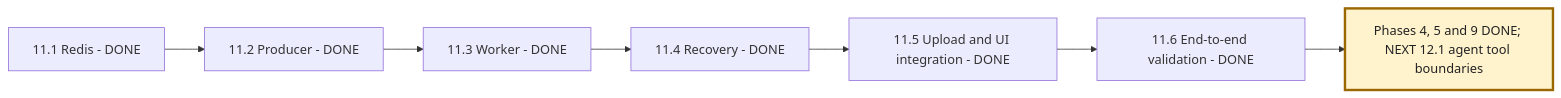
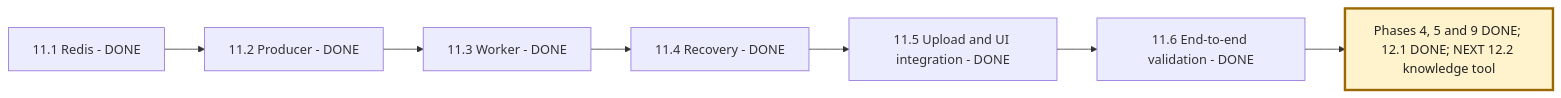
Before and after one commit to msdian0007/nexaAi: the third of 4 diagrams in NEXAAI_ROADMAP.md, drawn with Mermaid. The commit also changed other lines of this file and 4 other files, not shown here.

Commit message:
define the agent's tools and boundaries

````diff
--- a/NEXAAI_ROADMAP.md
+++ b/NEXAAI_ROADMAP.md
@@ -256,10 +256,10 @@
 ```mermaid
 flowchart LR
     A[11.1 Redis - DONE] --> B[11.2 Producer - DONE]
     B --> C[11.3 Worker - DONE]
     C --> D[11.4 Recovery - DONE]
     D --> E[11.5 Upload and UI integration - DONE]
     E --> F[11.6 End-to-end validation - DONE]
-    F --> G[Phases 4, 5 and 9 DONE; NEXT 12.1 agent tool boundaries]
+    F --> G[Phases 4, 5 and 9 DONE; 12.1 DONE; NEXT 12.2 knowledge tool]
     style G fill:#fff3cd,stroke:#9a6700,stroke-width:3px,color:#222
 ```
````
